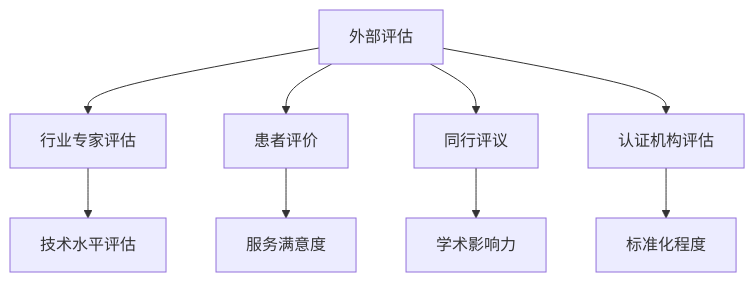
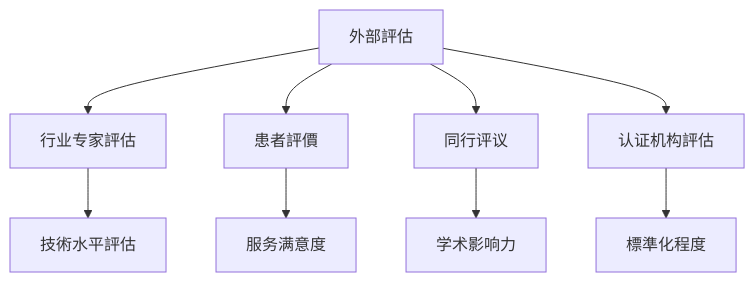
One commit to kmjade/knowledge-value changed the fifth of 7 diagrams in 3 Resources/01-Tech/🏥 专业知识/耳穴知识库/08_实践指南/质量控制体系.md. Above: the diagram before and after it, drawn with Mermaid. The commit also changed other lines of this file and 653 other files, not shown here.

````diff
--- a/3 Resources/01-Tech/🏥 专业知识/耳穴知识库/08_实践指南/质量控制体系.md
+++ b/3 Resources/01-Tech/🏥 专业知识/耳穴知识库/08_实践指南/质量控制体系.md
@@ -207,12 +207,12 @@
 ```mermaid
 graph TD
-    A[外部评估] --> B[行业专家评估]
-    A --> C[患者评价]
+    A[外部評估] --> B[行业专家評估]
+    A --> C[患者評價]
     A --> D[同行评议]
-    A --> E[认证机构评估]
+    A --> E[认证机构評估]
     
-    B --> B1[技术水平评估]
+    B --> B1[技術水平評估]
     C --> C1[服务满意度]
     D --> D1[学术影响力]
-    E --> E1[标准化程度]
+    E --> E1[標準化程度]
 ```
````
